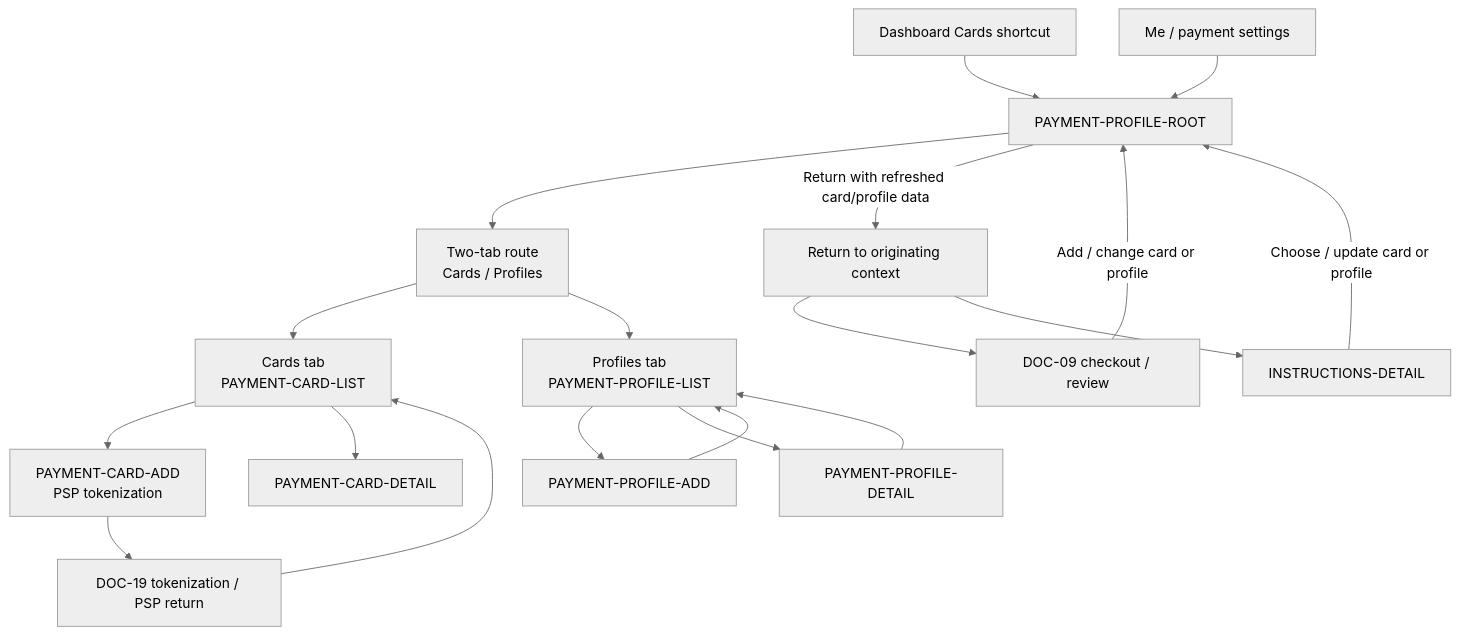
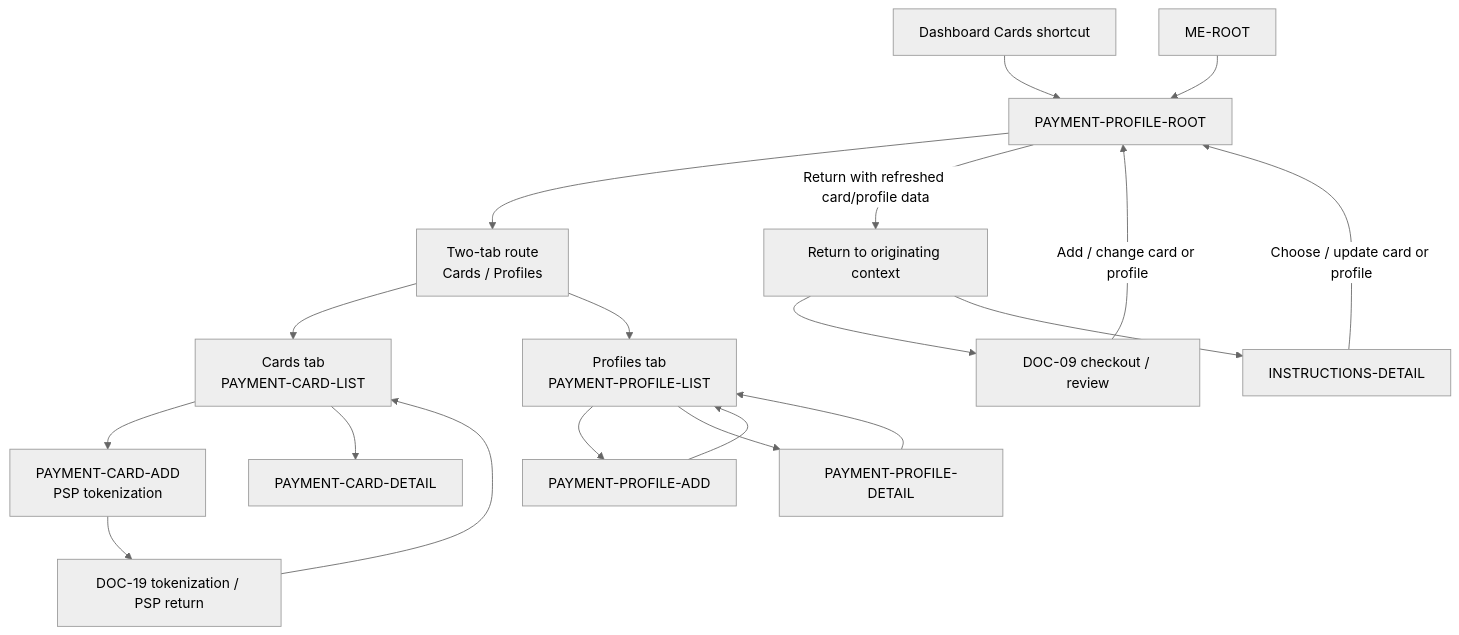
The fifth of 8 diagrams in docs/diagrams/payplus-app-route-entry-map.md (adminpayplus/payplus-docs), drawn with Mermaid (neutral theme) before and after one commit. The commit also changed other lines of this file and 13 other files, not shown here.

````diff
--- a/docs/diagrams/payplus-app-route-entry-map.md
+++ b/docs/diagrams/payplus-app-route-entry-map.md
@@ -146,26 +145,26 @@
 ```mermaid
 flowchart TD
   ENTRY1["Dashboard Cards shortcut"] --> PPROOT["PAYMENT-PROFILE-ROOT"]
-  ENTRY2["Me / payment settings"] --> PPROOT
+  MEROOT["ME-ROOT"] --> PPROOT
   CHECKOUT["DOC-09 checkout / review"] -->|"Add / change card or profile"| PPROOT
   IDETAIL["INSTRUCTIONS-DETAIL"] -->|"Choose / update card or profile"| PPROOT
 
   PPROOT --> TABS["Two-tab route<br/>Cards / Profiles"]
   TABS --> CARDS["Cards tab<br/>PAYMENT-CARD-LIST"]
   TABS --> PROFILES["Profiles tab<br/>PAYMENT-PROFILE-LIST"]
 
   CARDS --> ADDCARD["PAYMENT-CARD-ADD<br/>PSP tokenization"]
   CARDS --> CARDDETAIL["PAYMENT-CARD-DETAIL"]
   PROFILES --> ADDPROFILE["PAYMENT-PROFILE-ADD"]
   PROFILES --> PROFILEDETAIL["PAYMENT-PROFILE-DETAIL"]
 
   ADDCARD --> TOKEN["DOC-19 tokenization / PSP return"]
   TOKEN --> CARDS
 
   ADDPROFILE --> PROFILES
   PROFILEDETAIL --> PROFILES
 
   PPROOT -->|"Return with refreshed card/profile data"| RETURN["Return to originating context"]
   RETURN --> CHECKOUT
   RETURN --> IDETAIL
 ```
````
